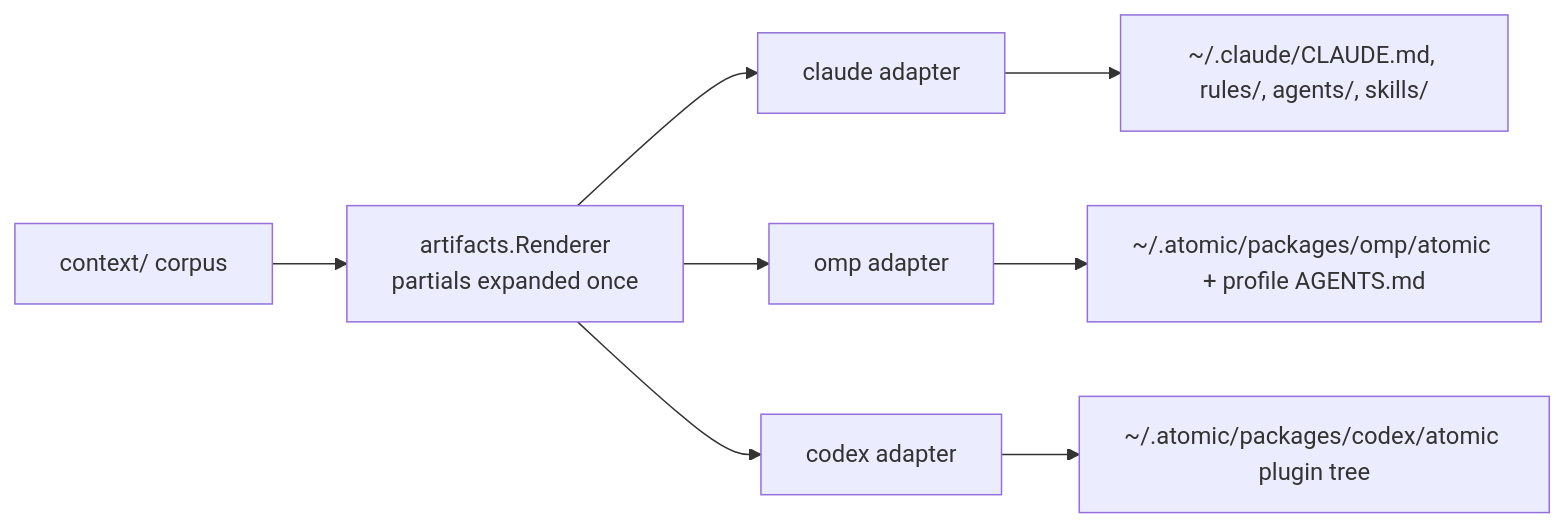
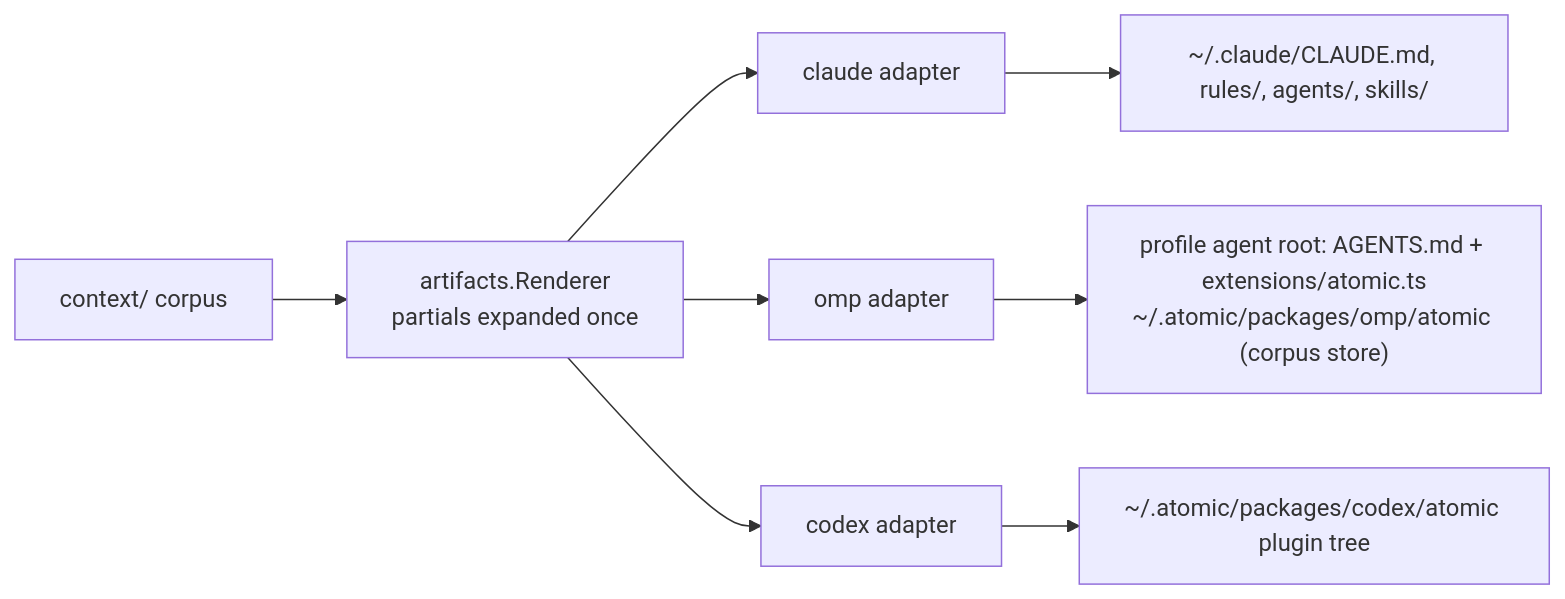
One commit to damusix/atomic-claude changed the second of 3 diagrams in docs/wiki/harness.md. Above: the diagram before and after it, drawn with Mermaid. The commit also changed 105 other files, not shown here.

````diff
--- a/docs/wiki/harness.md
+++ b/docs/wiki/harness.md
@@ -48,11 +48,11 @@
 ```mermaid
 flowchart LR
     %% source: atomic/internal/artifacts/catalog.go, atomic/internal/artifacts/renderer.go, atomic/internal/harness/{claude,omp,codex}
     CTX["context/ corpus"] --> REN["artifacts.Renderer<br/>partials expanded once"]
     REN --> CL["claude adapter"]
     REN --> OMP["omp adapter"]
     REN --> CX["codex adapter"]
     CL --> CLN["~/.claude/CLAUDE.md, rules/, agents/, skills/"]
-    OMP --> OMPN["~/.atomic/packages/omp/atomic + profile AGENTS.md"]
+    OMP --> OMPN["profile agent root: AGENTS.md + extensions/atomic.ts<br/>~/.atomic/packages/omp/atomic (corpus store)"]
     CX --> CXN["~/.atomic/packages/codex/atomic plugin tree"]
 ```
````
